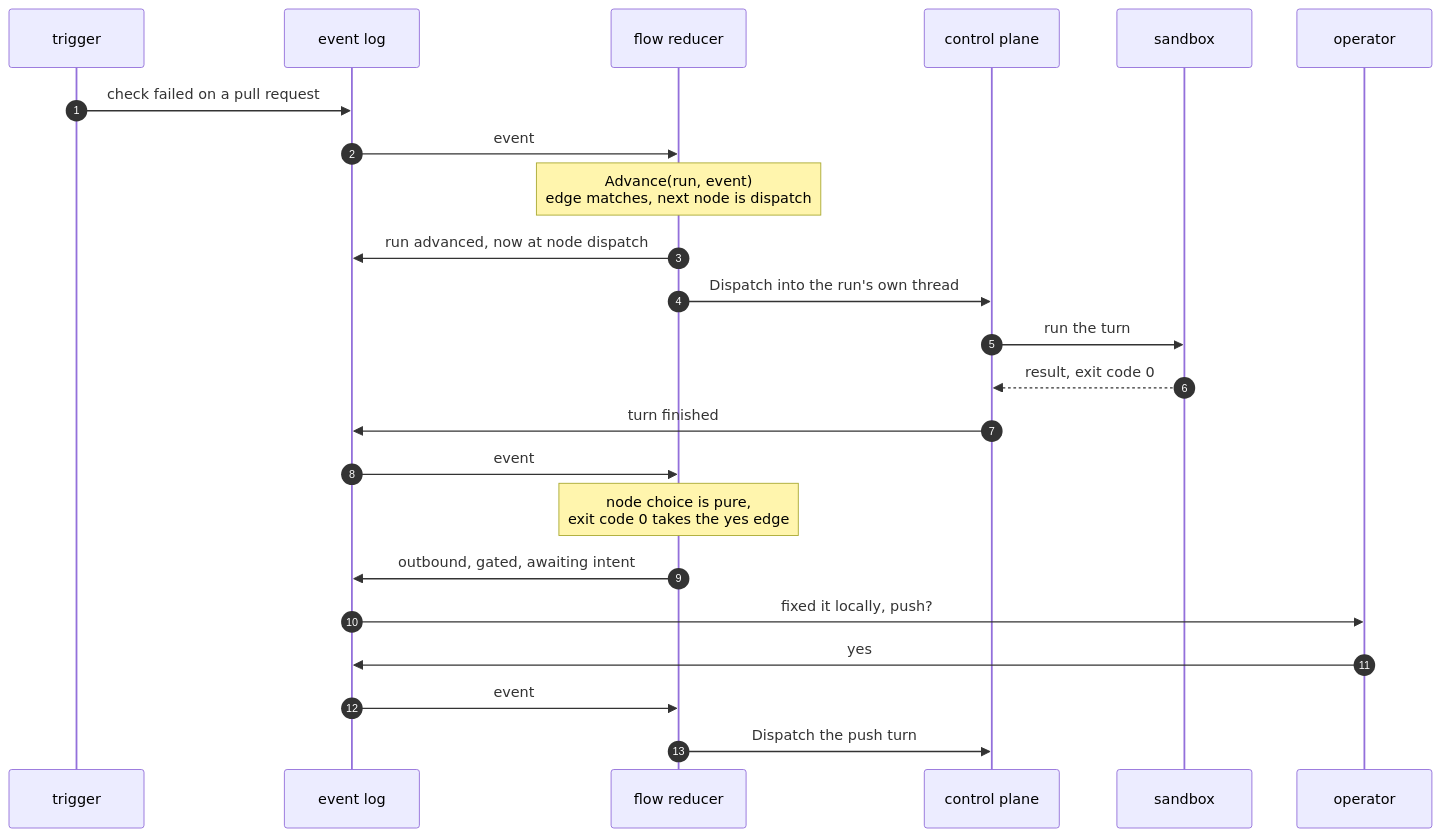
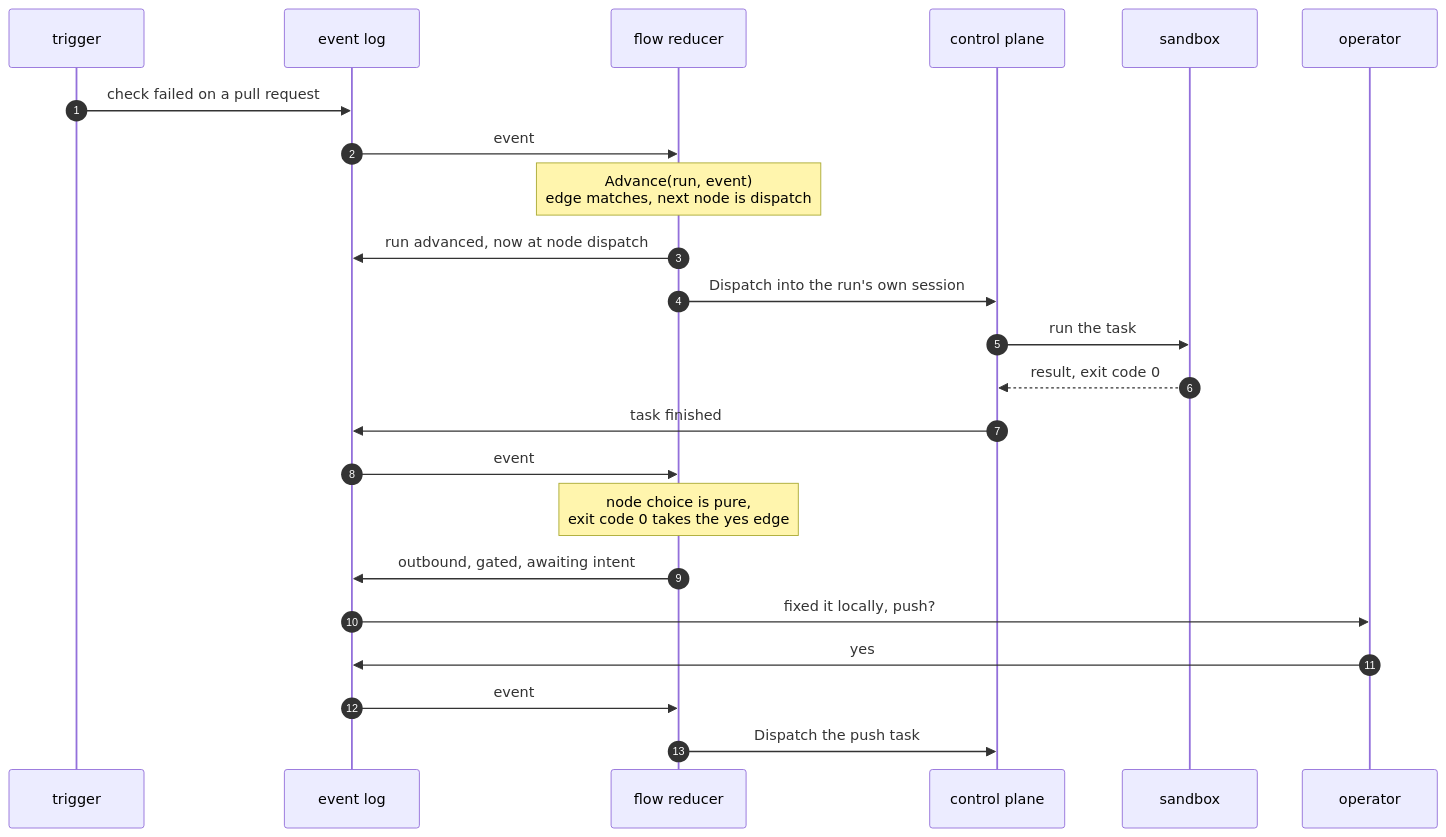
The third of 4 diagrams in docs/ARCHITECTURE.md (atlantic-blue/quay-crew), drawn with Mermaid before and after one commit. The commit also changed other lines of this file and 170 other files, not shown here.

Commit message:
refactor: rename thread to session, turn to task

````diff
--- a/docs/ARCHITECTURE.md
+++ b/docs/ARCHITECTURE.md
@@ -464,26 +464,26 @@
 ```mermaid
 sequenceDiagram
     autonumber
     participant EV as trigger
     participant LOG as event log
     participant FLOW as flow reducer
     participant API as control plane
     participant SBX as sandbox
     participant YOU as operator
 
     EV->>LOG: check failed on a pull request
     LOG->>FLOW: event
     Note over FLOW: Advance(run, event)<br/>edge matches, next node is dispatch
     FLOW->>LOG: run advanced, now at node dispatch
-    FLOW->>API: Dispatch into the run's own thread
-    API->>SBX: run the turn
+    FLOW->>API: Dispatch into the run's own session
+    API->>SBX: run the task
     SBX-->>API: result, exit code 0
-    API->>LOG: turn finished
+    API->>LOG: task finished
     LOG->>FLOW: event
     Note over FLOW: node choice is pure,<br/>exit code 0 takes the yes edge
     FLOW->>LOG: outbound, gated, awaiting intent
     LOG->>YOU: fixed it locally, push?
     YOU->>LOG: yes
     LOG->>FLOW: event
-    FLOW->>API: Dispatch the push turn
+    FLOW->>API: Dispatch the push task
 ```
````
